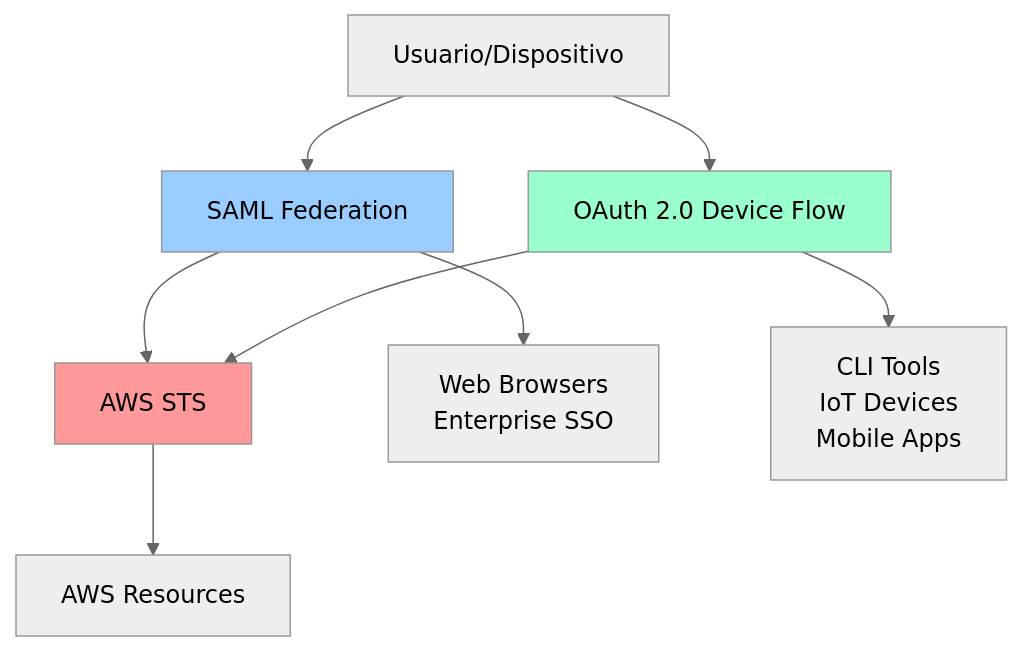
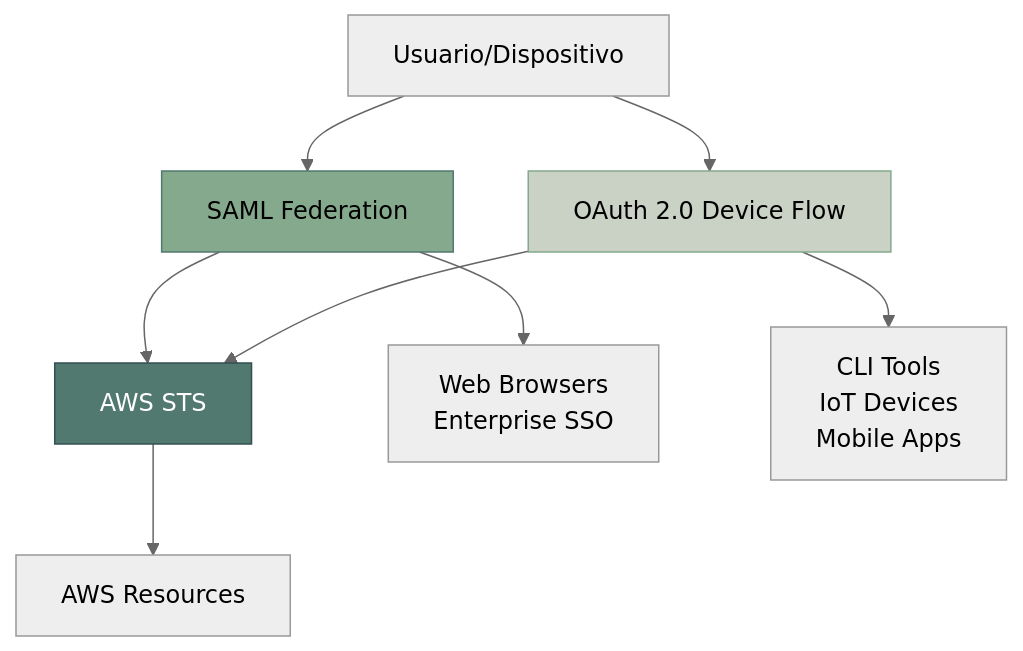
Before and after one commit to samuelrojasm/lab-aws-iam-identity-center-setup: the diagram in docs/aws-identity-integration.md, drawn with Mermaid (neutral theme). The commit also changed other lines of this file, not shown here.

````diff
--- a/docs/aws-identity-integration.md
+++ b/docs/aws-identity-integration.md
@@ -36,15 +36,15 @@
     ```mermaid
     graph TB
     A[Usuario/Dispositivo] --> B[SAML Federation]
     A --> C[OAuth 2.0 Device Flow]
     B --> D[AWS STS]
     C --> D
     D --> E[AWS Resources]
     
     B --> F[Web Browsers<br/>Enterprise SSO]
     C --> G[CLI Tools<br/>IoT Devices<br/>Mobile Apps]
     
-    style D fill:#ff9999
-    style B fill:#99ccff
-    style C fill:#99ffcc
+    style D fill:#52796F,stroke:#354F52,color:#fff
+    style B fill:#84A98C,stroke:#52796F,color:#000
+    style C fill:#CAD2C5,stroke:#84A98C,color:#000
     ```
````
